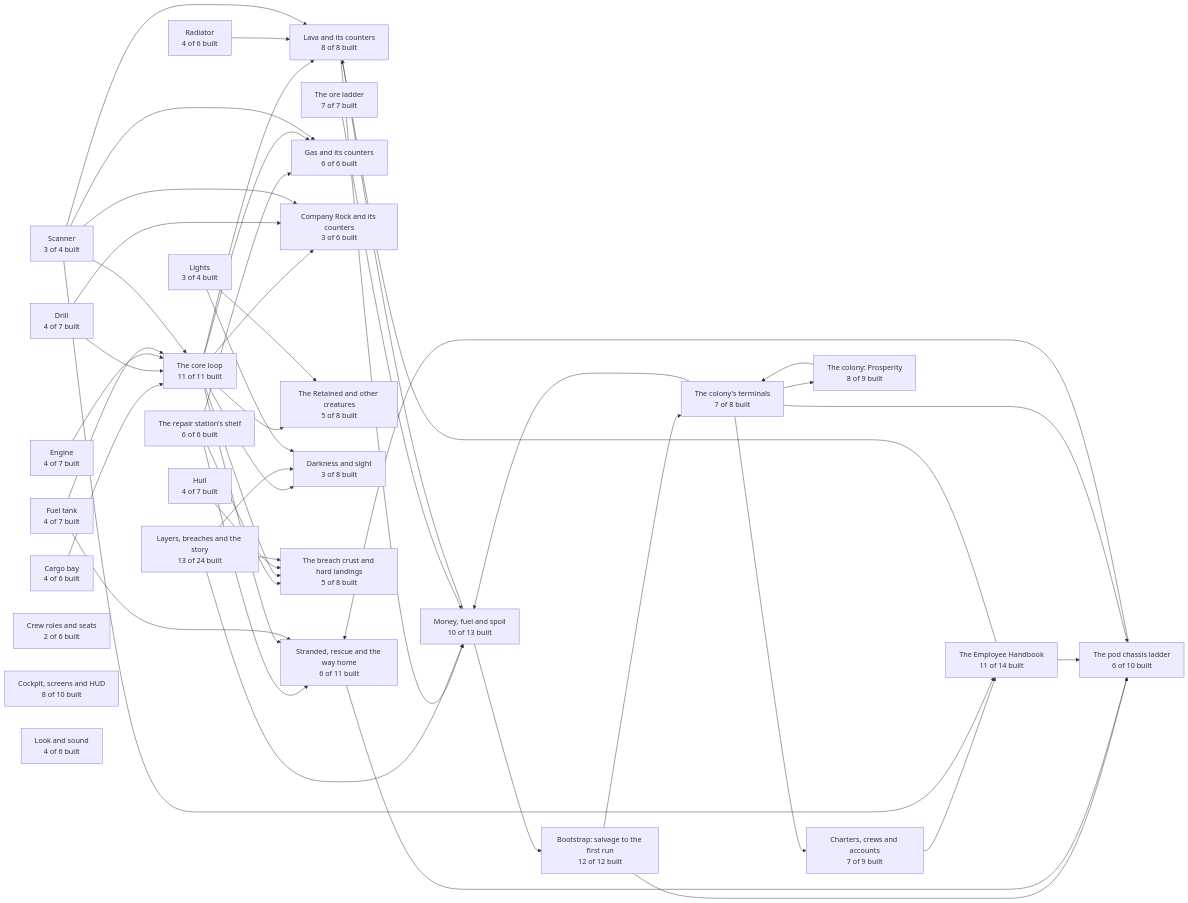
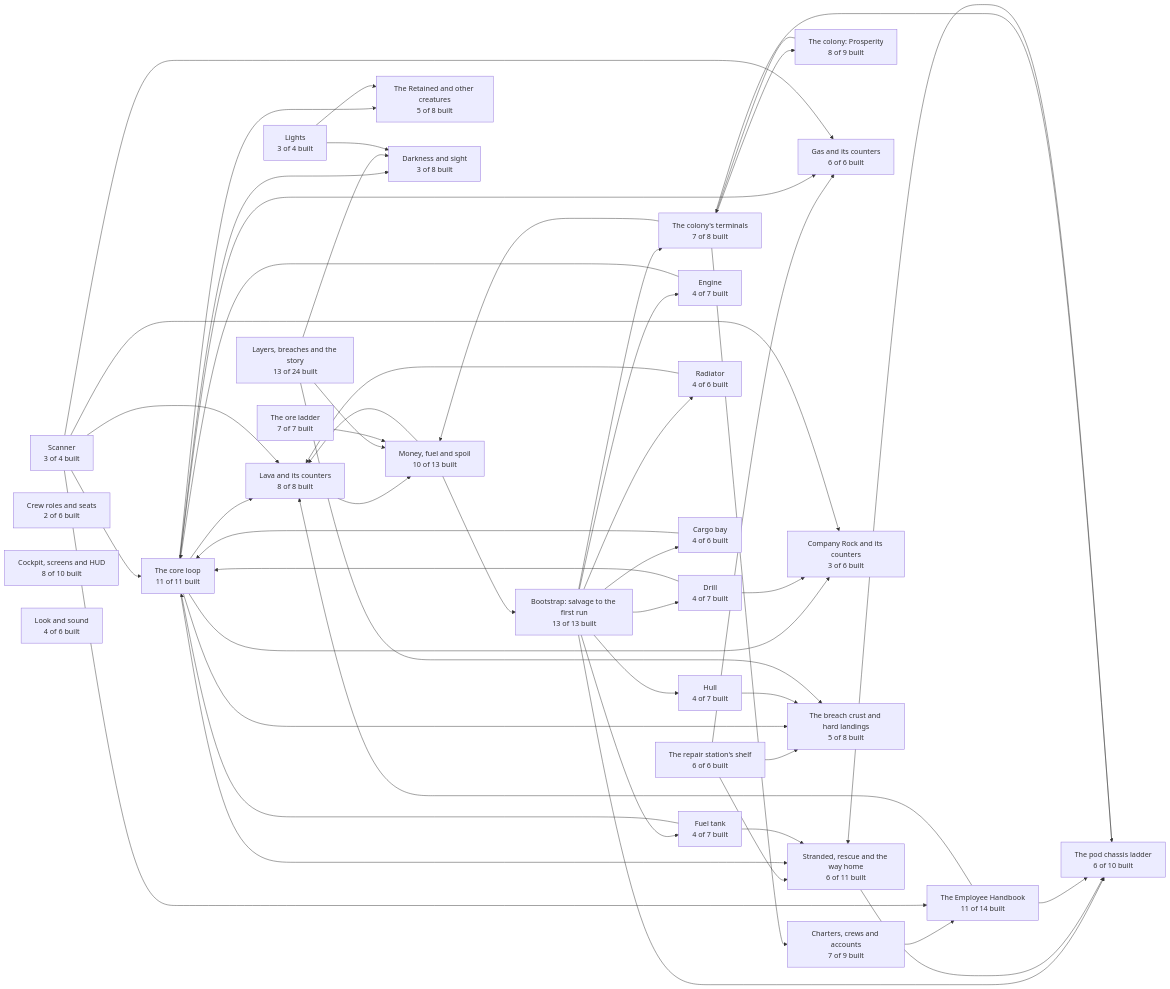
Before and after one commit to pkeppeler/deepcharter: the second of 30 diagrams in docs/FEATURE-MAP.md, drawn with Mermaid. The commit also changed other lines of this file and 51 other files, not shown here.

````diff
--- a/docs/FEATURE-MAP.md
+++ b/docs/FEATURE-MAP.md
@@ -73,76 +73,82 @@
 ```mermaid
 flowchart LR
   l_core_loop["The core loop<br/>11 of 11 built"]
   l_economy["Money, fuel and spoil<br/>10 of 13 built"]
   l_ores["The ore ladder<br/>7 of 7 built"]
-  l_bootstrap["Bootstrap: salvage to the first run<br/>12 of 12 built"]
+  l_bootstrap["Bootstrap: salvage to the first run<br/>13 of 13 built"]
   l_terminals["The colony's terminals<br/>7 of 8 built"]
   l_handbook["The Employee Handbook<br/>11 of 14 built"]
   l_layers["Layers, breaches and the story<br/>13 of 24 built"]
   l_charter["Charters, crews and accounts<br/>7 of 9 built"]
   l_colony["The colony: Prosperity<br/>8 of 9 built"]
   l_pods["The pod chassis ladder<br/>6 of 10 built"]
   l_drill["Drill<br/>4 of 7 built"]
   l_hull["Hull<br/>4 of 7 built"]
   l_engine["Engine<br/>4 of 7 built"]
   l_fuel_tank["Fuel tank<br/>4 of 7 built"]
   l_radiator["Radiator<br/>4 of 6 built"]
   l_cargo_bay["Cargo bay<br/>4 of 6 built"]
   l_scanner["Scanner<br/>3 of 4 built"]
   l_lights["Lights<br/>3 of 4 built"]
   l_lava["Lava and its counters<br/>8 of 8 built"]
   l_gas["Gas and its counters<br/>6 of 6 built"]
   l_company_rock["Company Rock and its counters<br/>3 of 6 built"]
   l_creatures["The Retained and other creatures<br/>5 of 8 built"]
   l_darkness["Darkness and sight<br/>3 of 8 built"]
   l_crust["The breach crust and hard landings<br/>5 of 8 built"]
   l_getting_out["Stranded, rescue and the way home<br/>6 of 11 built"]
   l_consumables["The repair station's shelf<br/>6 of 6 built"]
   l_crew["Crew roles and seats<br/>2 of 6 built"]
   l_interface["Cockpit, screens and HUD<br/>8 of 10 built"]
   l_art["Look and sound<br/>4 of 6 built"]
+  l_bootstrap --> l_cargo_bay
+  l_bootstrap --> l_drill
+  l_bootstrap --> l_engine
+  l_bootstrap --> l_fuel_tank
+  l_bootstrap --> l_hull
   l_bootstrap --> l_pods
+  l_bootstrap --> l_radiator
   l_bootstrap --> l_terminals
   l_cargo_bay --> l_core_loop
   l_charter --> l_handbook
   l_colony --> l_terminals
   l_consumables --> l_crust
   l_consumables --> l_gas
   l_consumables --> l_getting_out
   l_core_loop --> l_company_rock
   l_core_loop --> l_creatures
   l_core_loop --> l_crust
   l_core_loop --> l_darkness
   l_core_loop --> l_gas
   l_core_loop --> l_getting_out
   l_core_loop --> l_lava
   l_drill --> l_company_rock
   l_drill --> l_core_loop
   l_economy --> l_bootstrap
   l_economy --> l_lava
   l_engine --> l_core_loop
   l_fuel_tank --> l_core_loop
   l_fuel_tank --> l_getting_out
   l_getting_out --> l_pods
   l_handbook --> l_lava
   l_handbook --> l_pods
   l_hull --> l_crust
   l_lava --> l_economy
   l_layers --> l_crust
   l_layers --> l_darkness
   l_layers --> l_economy
   l_lights --> l_creatures
   l_lights --> l_darkness
   l_ores --> l_economy
   l_pods --> l_getting_out
   l_radiator --> l_lava
   l_scanner --> l_company_rock
   l_scanner --> l_core_loop
   l_scanner --> l_gas
   l_scanner --> l_handbook
   l_scanner --> l_lava
   l_terminals --> l_charter
   l_terminals --> l_colony
   l_terminals --> l_economy
   l_terminals --> l_pods
 ```
````
